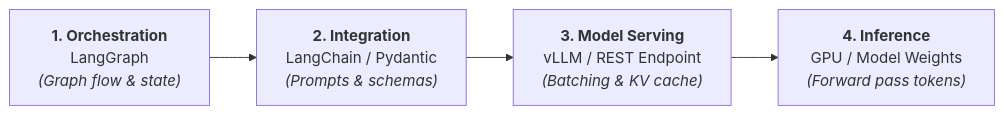
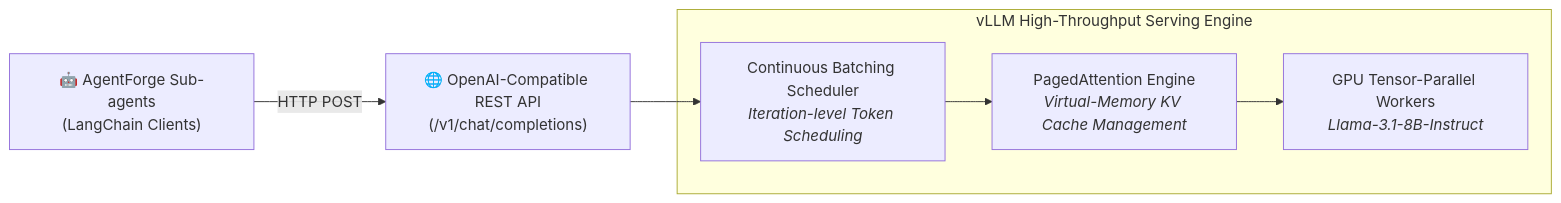
The fourth of 4 diagrams in README.md (abdo875/Multi-Agent-Research-Assistant), drawn with Mermaid before and after one commit. The commit also changed other lines of this file and 1 other file, not shown here.

````diff
--- a/README.md
+++ b/README.md
@@ -233,11 +289,16 @@
 ```mermaid
 flowchart LR
-    Orchestration["<b>1. Orchestration</b><br/>LangGraph<br/><i>(Graph flow & state)</i>"]
-    Integration["<b>2. Integration</b><br/>LangChain / Pydantic<br/><i>(Prompts & schemas)</i>"]
-    Serving["<b>3. Model Serving</b><br/>vLLM / REST Endpoint<br/><i>(Batching & KV cache)</i>"]
-    Inference["<b>4. Inference</b><br/>GPU / Model Weights<br/><i>(Forward pass tokens)</i>"]
+    Agents["🤖 AgentForge Sub-agents<br/>(LangChain Clients)"]
+    API["🌐 OpenAI-Compatible REST API<br/>(/v1/chat/completions)"]
+    
+    subgraph vLLMRuntime ["vLLM High-Throughput Serving Engine"]
+        Scheduler["Continuous Batching Scheduler<br/><i>Iteration-level Token Scheduling</i>"]
+        PagedAttn["PagedAttention Engine<br/><i>Virtual-Memory KV Cache Management</i>"]
+        Workers["GPU Tensor-Parallel Workers<br/><i>Llama-3.1-8B-Instruct</i>"]
+    end
 
-    Orchestration --> Integration
-    Integration --> Serving
-    Serving --> Inference
+    Agents -->|HTTP POST| API
+    API --> Scheduler
+    Scheduler --> PagedAttn
+    PagedAttn --> Workers
 ```
````
